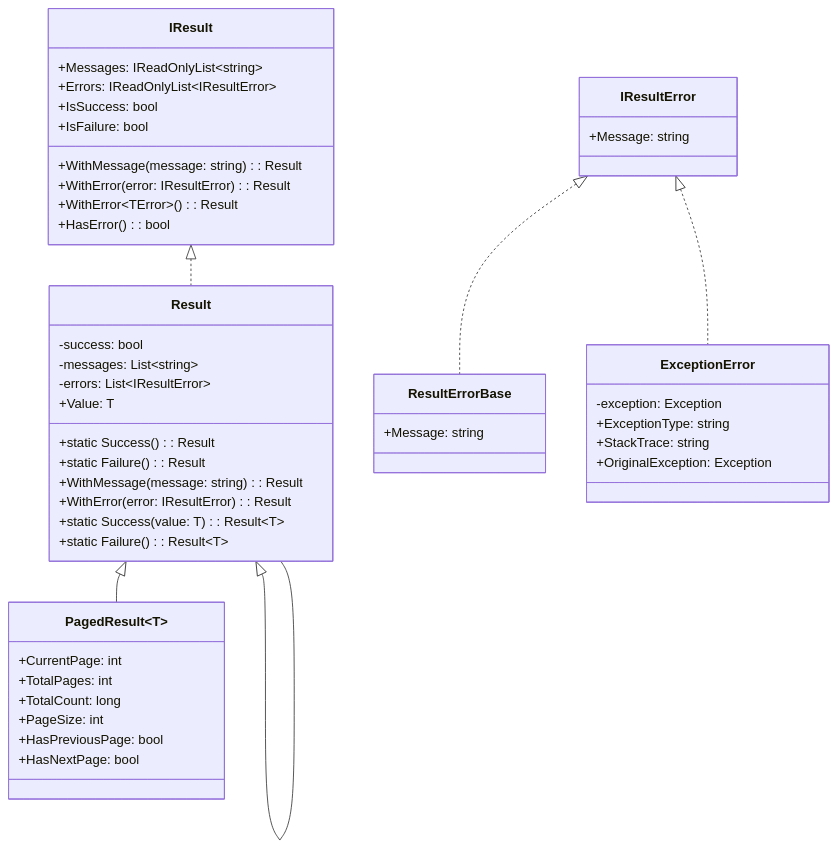
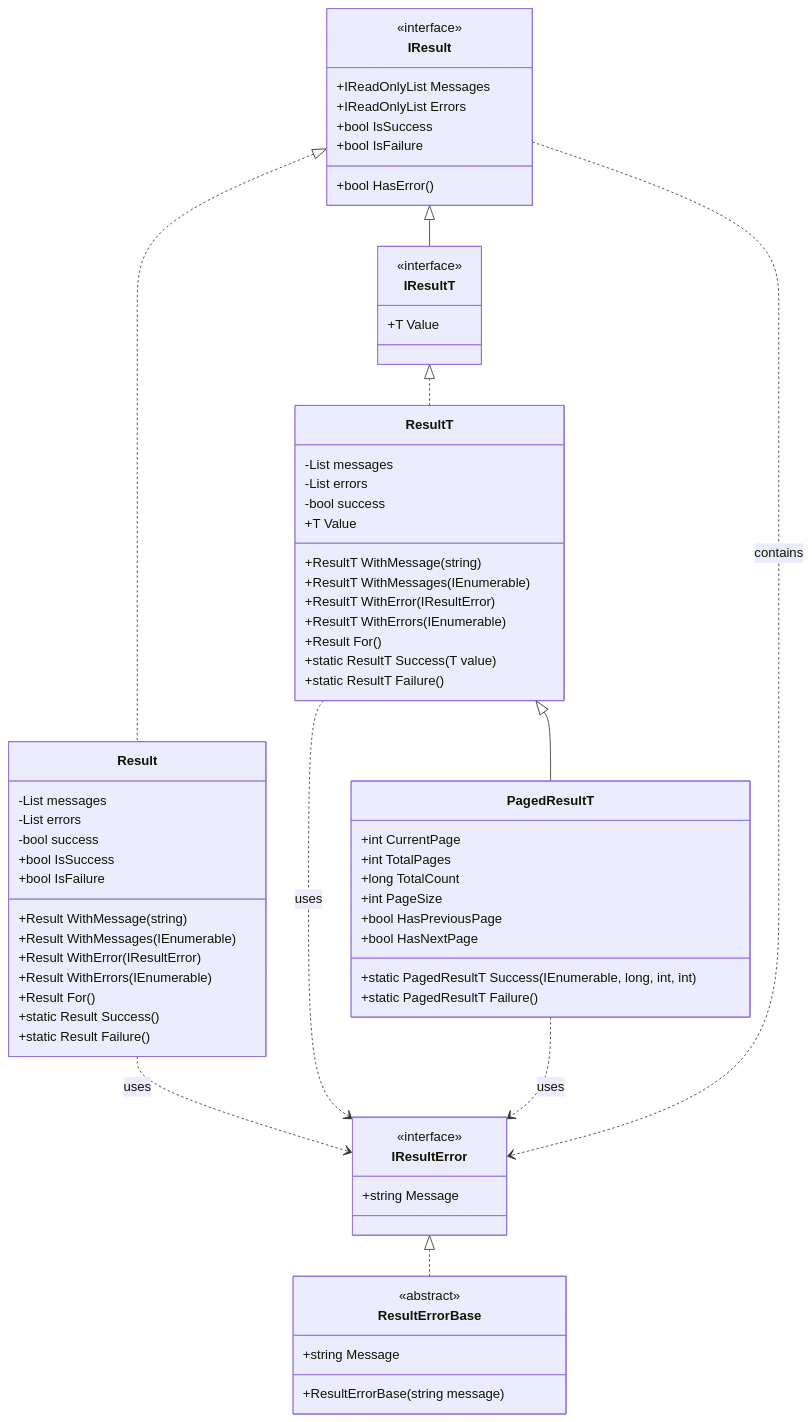
Before and after one commit to BridgingIT-GmbH/bITdevKit: the first of 2 diagrams in docs/features-results.md, drawn with Mermaid. The commit also changed other lines of this file and 233 other files, not shown here.

````diff
--- a/docs/features-results.md
+++ b/docs/features-results.md
@@ -61,59 +89,77 @@
 ```mermaid
 classDiagram
+    class IResultError {
+        <<interface>>
+        +string Message
+    }
+
+    class ResultErrorBase {
+        <<abstract>>
+        +string Message
+        +ResultErrorBase(string message)
+    }
+
     class IResult {
-        +Messages: IReadOnlyList~string~
-        +Errors: IReadOnlyList~IResultError~
-        +IsSuccess: bool
-        +IsFailure: bool
-        +WithMessage(message: string): Result
-        +WithError(error: IResultError): Result
-        +WithError~TError~(): Result
-        +HasError(): bool
+        <<interface>>
+        +IReadOnlyList Messages
+        +IReadOnlyList Errors
+        +bool IsSuccess
+        +bool IsFailure
+        +bool HasError()
+    }
+
+    class IResultT {
+        <<interface>>
+        +T Value
     }
 
     class Result {
-        -success: bool
-        -messages: List~string~
-        -errors: List~IResultError~
-        +static Success(): Result
-        +static Failure(): Result
-        +WithMessage(message: string): Result
-        +WithError(error: IResultError): Result
+        -List messages
+        -List errors
+        -bool success
+        +bool IsSuccess
+        +bool IsFailure
+        +Result WithMessage(string)
+        +Result WithMessages(IEnumerable)
+        +Result WithError(IResultError)
+        +Result WithErrors(IEnumerable)
+        +Result For()
+        +static Result Success()
+        +static Result Failure()
     }
 
-    class Result~T~ {
-        +Value: T
-        +static Success(value: T): Result~T~
-        +static Failure(): Result~T~
+    class ResultT {
+        -List messages
+        -List errors
+        -bool success
+        +T Value
+        +ResultT WithMessage(string)
+        +ResultT WithMessages(IEnumerable)
+        +ResultT WithError(IResultError)
+        +ResultT WithErrors(IEnumerable)
+        +Result For()
+        +static ResultT Success(T value)
+        +static ResultT Failure()
     }
 
-    class PagedResult~T~ {
-        +CurrentPage: int
-        +TotalPages: int
-        +TotalCount: long
-        +PageSize: int
-        +HasPreviousPage: bool
-        +HasNextPage: bool
+    class PagedResultT {
+        +int CurrentPage
+        +int TotalPages
+        +long TotalCount
+        +int PageSize
+        +bool HasPreviousPage
+        +bool HasNextPage
+        +static PagedResultT Success(IEnumerable, long, int, int)
+        +static PagedResultT Failure()
     }
 
-    class IResultError {
-        +Message: string
-    }
-
-    class ResultErrorBase {
-        +Message: string
-    }
-
-    class ExceptionError {
-        -exception: Exception
-        +ExceptionType: string
-        +StackTrace: string
-        +OriginalException: Exception
-    }
-
+    IResultError <|.. ResultErrorBase
+    IResult <|-- IResultT
     IResult <|.. Result
-    Result <|-- Result~T~
-    Result~T~ <|-- PagedResult~T~
-    IResultError <|.. ResultErrorBase
-    IResultError <|.. ExceptionError
+    IResultT <|.. ResultT
+    ResultT <|-- PagedResultT
+    Result ..> IResultError : uses
+    ResultT ..> IResultError : uses
+    PagedResultT ..> IResultError : uses
+    IResult ..> IResultError : contains
 ```
````
